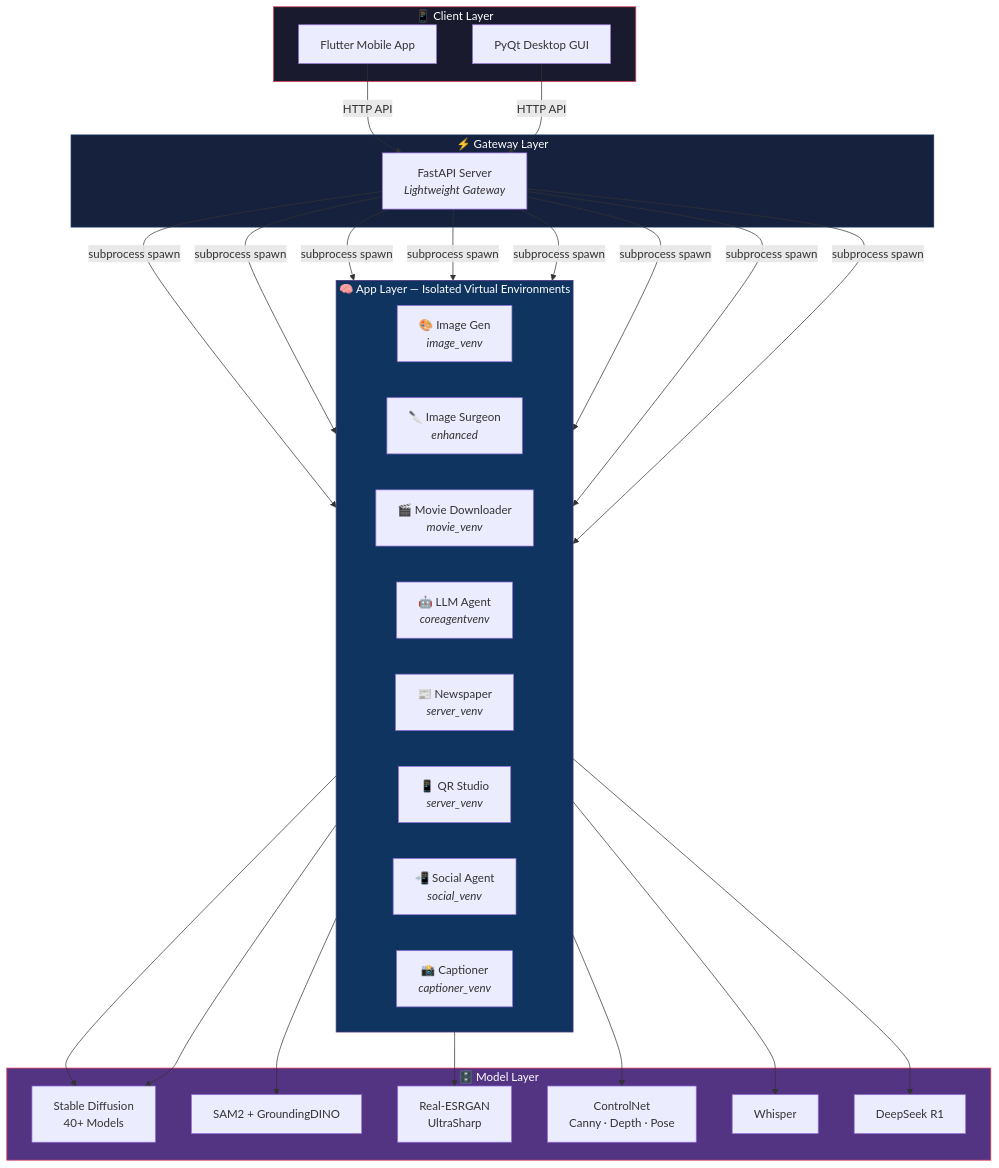
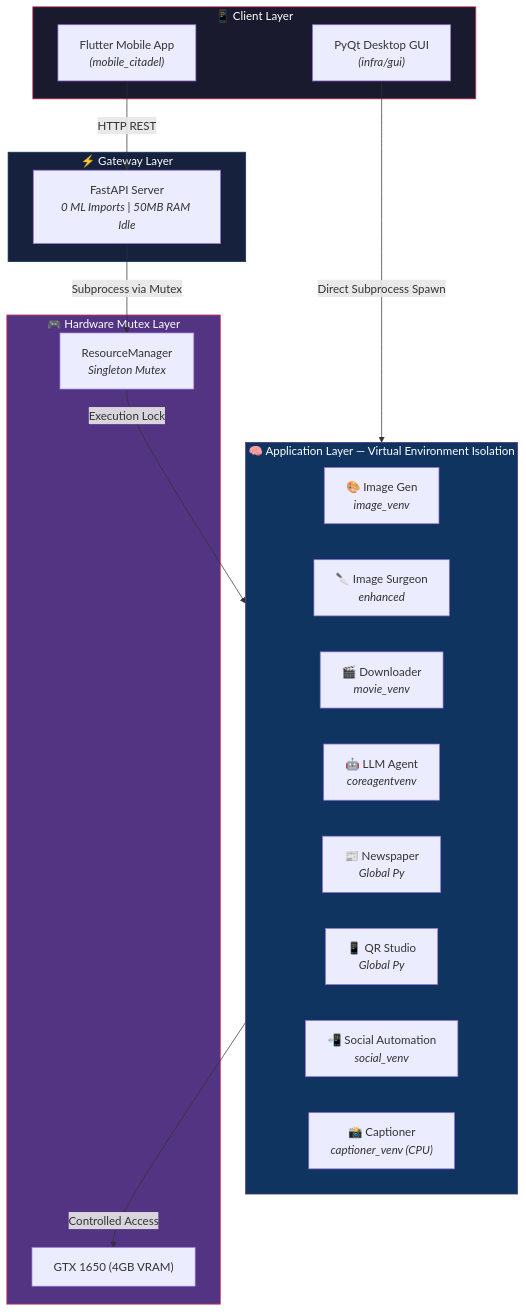
Before and after one commit to RajTewari01/neural_citadel: the first of 2 diagrams in README.md, drawn with Mermaid. The commit also changed other lines of this file and 13 other files, not shown here.

Commit message:
docs: finalize systems design paper, remove google-services.json, and mobile citadel README

````diff
--- a/README.md
+++ b/README.md
@@ -51,55 +52,39 @@
 ```mermaid
 graph TB
     subgraph Clients ["📱 Client Layer"]
-        FLUTTER["Flutter Mobile App"]
-        PYQT["PyQt Desktop GUI"]
+        FLUTTER["Flutter Mobile App<br/><i>(mobile_citadel)</i>"]
+        PYQT["PyQt Desktop GUI<br/><i>(infra/gui)</i>"]
     end
 
     subgraph Gateway ["⚡ Gateway Layer"]
-        FASTAPI["FastAPI Server<br/><i>Lightweight Gateway</i>"]
+        FASTAPI["FastAPI Server<br/><i>0 ML Imports | 50MB RAM Idle</i>"]
     end
 
-    subgraph Apps ["🧠 App Layer — Isolated Virtual Environments"]
+    subgraph Apps ["🧠 Application Layer — Virtual Environment Isolation"]
         direction LR
         IMG["🎨 Image Gen<br/><i>image_venv</i>"]
         SURG["🔪 Image Surgeon<br/><i>enhanced</i>"]
-        MOV["🎬 Movie Downloader<br/><i>movie_venv</i>"]
+        MOV["🎬 Downloader<br/><i>movie_venv</i>"]
         LLM["🤖 LLM Agent<br/><i>coreagentvenv</i>"]
-        NEWS["📰 Newspaper<br/><i>server_venv</i>"]
-        QR["📱 QR Studio<br/><i>server_venv</i>"]
-        SOC["📲 Social Agent<br/><i>social_venv</i>"]
-        CAP["📸 Captioner<br/><i>captioner_venv</i>"]
+        NEWS["📰 Newspaper<br/><i>Global Py</i>"]
+        QR["📱 QR Studio<br/><i>Global Py</i>"]
+        SOC["📲 Social Automation<br/><i>social_venv</i>"]
+        CAP["📸 Captioner<br/><i>captioner_venv (CPU)</i>"]
     end
 
-    subgraph Models ["🗄️ Model Layer"]
-        SD["Stable Diffusion<br/>40+ Models"]
-        SAM["SAM2 + GroundingDINO"]
-        ESRGAN["Real-ESRGAN<br/>UltraSharp"]
-        CNET["ControlNet<br/>Canny · Depth · Pose"]
-        WHISP["Whisper"]
-        DEEPSEEK["DeepSeek R1"]
+    subgraph Hardware ["🎮 Hardware Mutex Layer"]
+        RM["ResourceManager<br/><i>Singleton Mutex</i>"]
+        GPU["GTX 1650 (4GB VRAM)"]
     end
 
-    FLUTTER -->|HTTP API| FASTAPI
-    PYQT -->|HTTP API| FASTAPI
-    FASTAPI -->|subprocess spawn| IMG
-    FASTAPI -->|subprocess spawn| SURG
-    FASTAPI -->|subprocess spawn| MOV
-    FASTAPI -->|subprocess spawn| LLM
-    FASTAPI -->|subprocess spawn| NEWS
-    FASTAPI -->|subprocess spawn| QR
-    FASTAPI -->|subprocess spawn| SOC
-    FASTAPI -->|subprocess spawn| CAP
-    IMG --> SD
-    IMG --> ESRGAN
-    IMG --> CNET
-    SURG --> SAM
-    SURG --> SD
-    MOV --> WHISP
-    LLM --> DEEPSEEK
+    FLUTTER -->|HTTP REST| FASTAPI
+    PYQT -->|Direct Subprocess Spawn| Apps
+    FASTAPI -->|Subprocess via Mutex| RM
+    RM -->|Execution Lock| Apps
+    Apps -->|Controlled Access| GPU
 
     style Clients fill:#1a1a2e,stroke:#e94560,color:#fff
     style Gateway fill:#16213e,stroke:#0f3460,color:#fff
     style Apps fill:#0f3460,stroke:#533483,color:#fff
-    style Models fill:#533483,stroke:#e94560,color:#fff
+    style Hardware fill:#533483,stroke:#e94560,color:#fff
 ```
````
